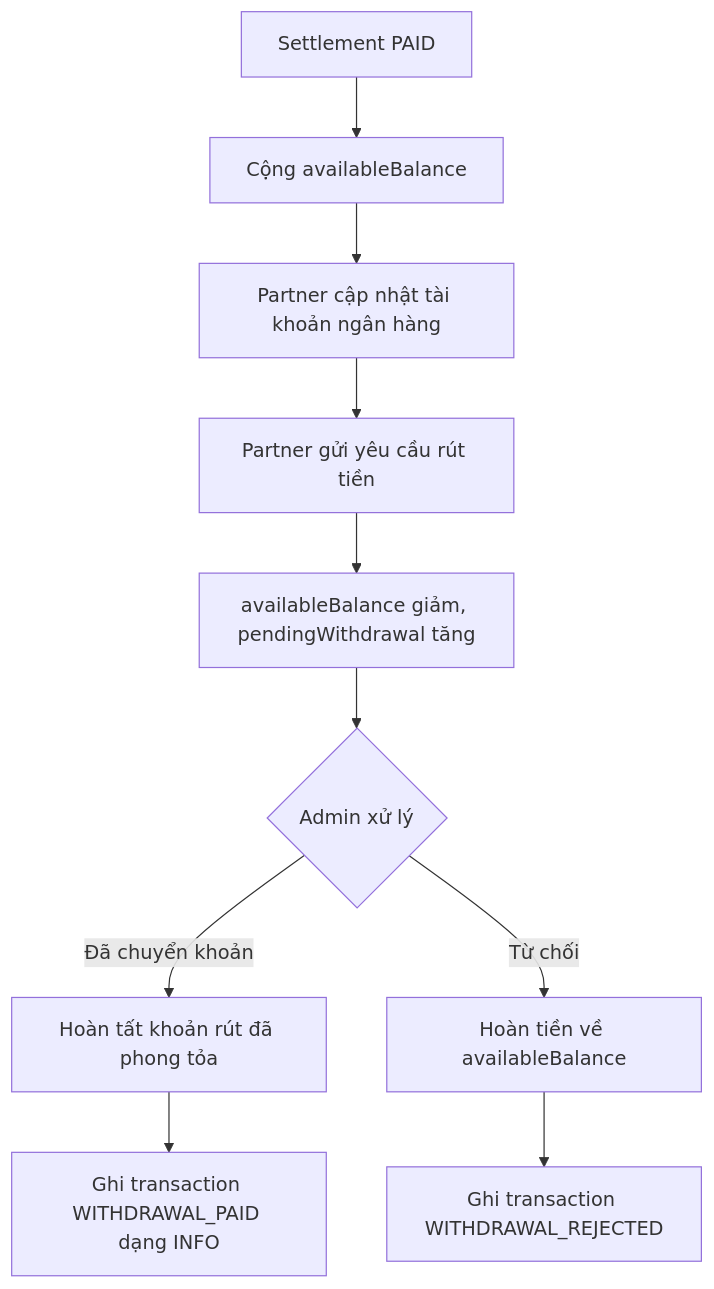
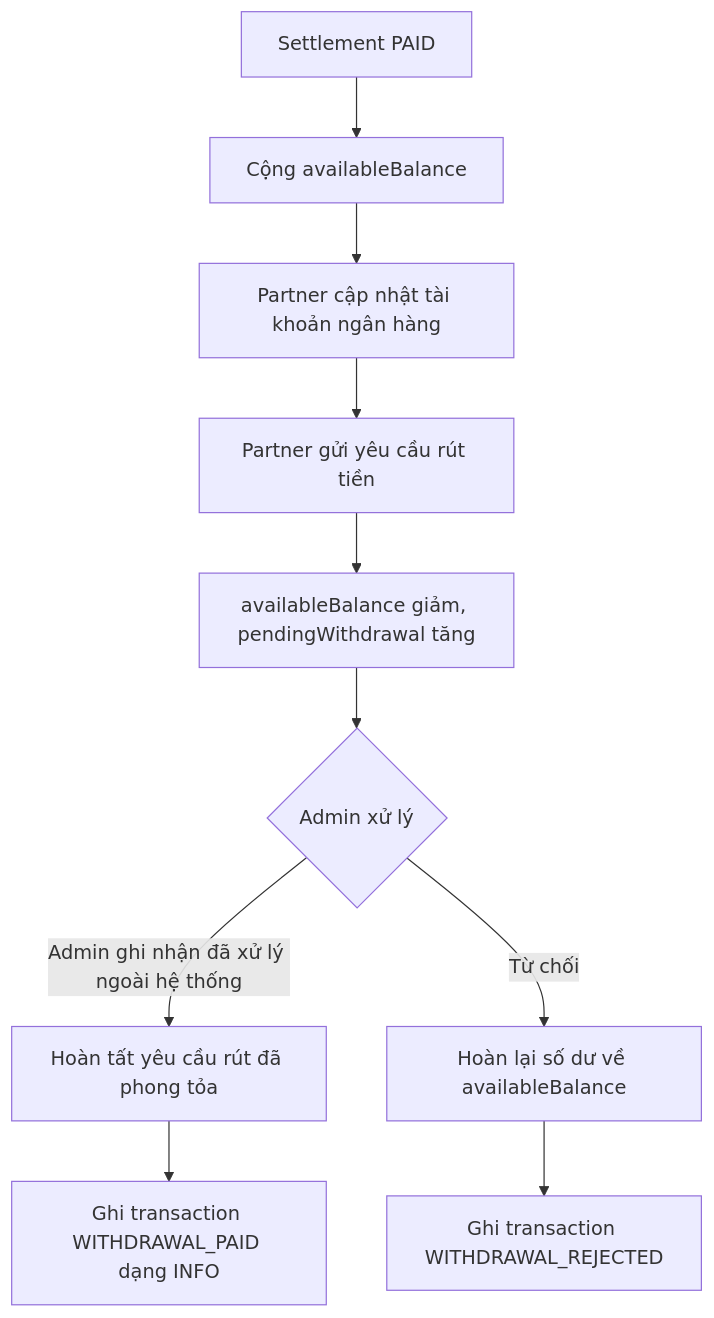
Before and after one commit to baoneee28/TravelMate: the second of 2 diagrams in travelmate/travelmate_test_report.md, drawn with Mermaid. The commit also changed other lines of this file and 130 other files, not shown here.

````diff
--- a/travelmate/travelmate_test_report.md
+++ b/travelmate/travelmate_test_report.md
@@ -47,12 +47,12 @@
 ```mermaid
 flowchart TD
     A["Settlement PAID"] --> B["Cộng availableBalance"]
     B --> C["Partner cập nhật tài khoản ngân hàng"]
     C --> D["Partner gửi yêu cầu rút tiền"]
     D --> E["availableBalance giảm, pendingWithdrawal tăng"]
     E --> F{"Admin xử lý"}
-    F -->|Đã chuyển khoản| G["Hoàn tất khoản rút đã phong tỏa"]
-    F -->|Từ chối| H["Hoàn tiền về availableBalance"]
+    F -->|Admin ghi nhận đã xử lý ngoài hệ thống| G["Hoàn tất yêu cầu rút đã phong tỏa"]
+    F -->|Từ chối| H["Hoàn lại số dư về availableBalance"]
     G --> I["Ghi transaction WITHDRAWAL_PAID dạng INFO"]
     H --> J["Ghi transaction WITHDRAWAL_REJECTED"]
 ```
````
